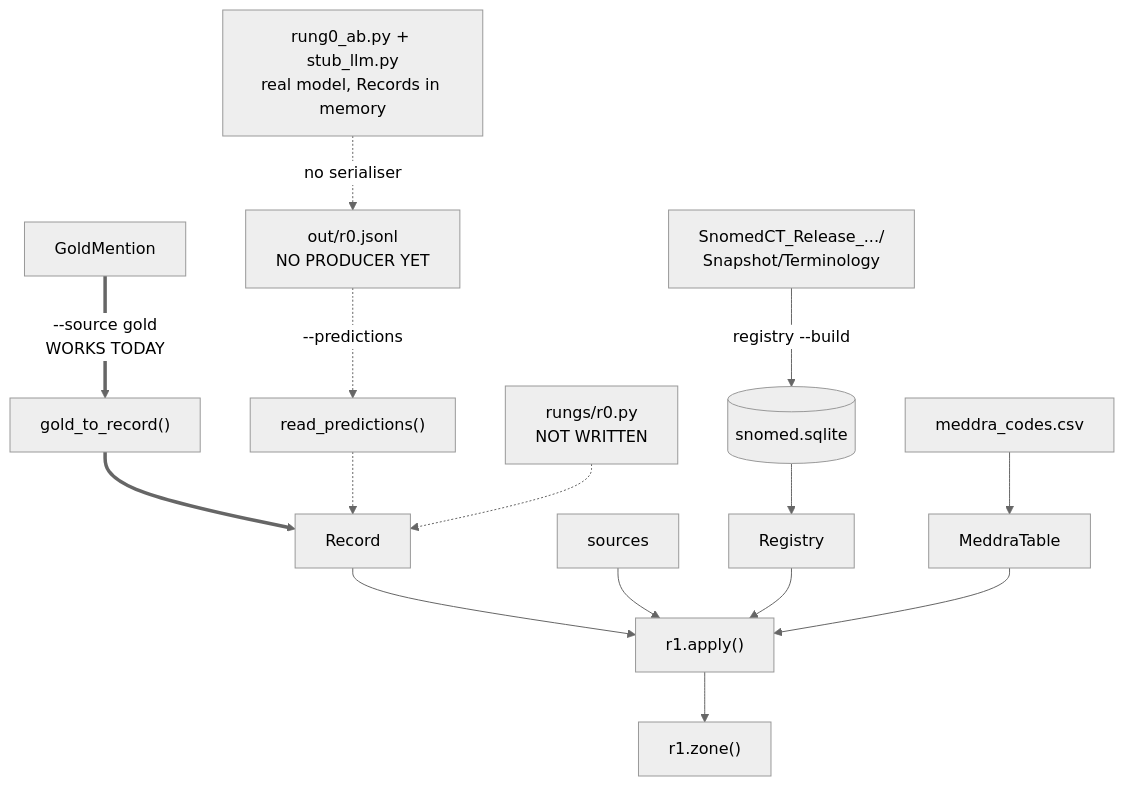
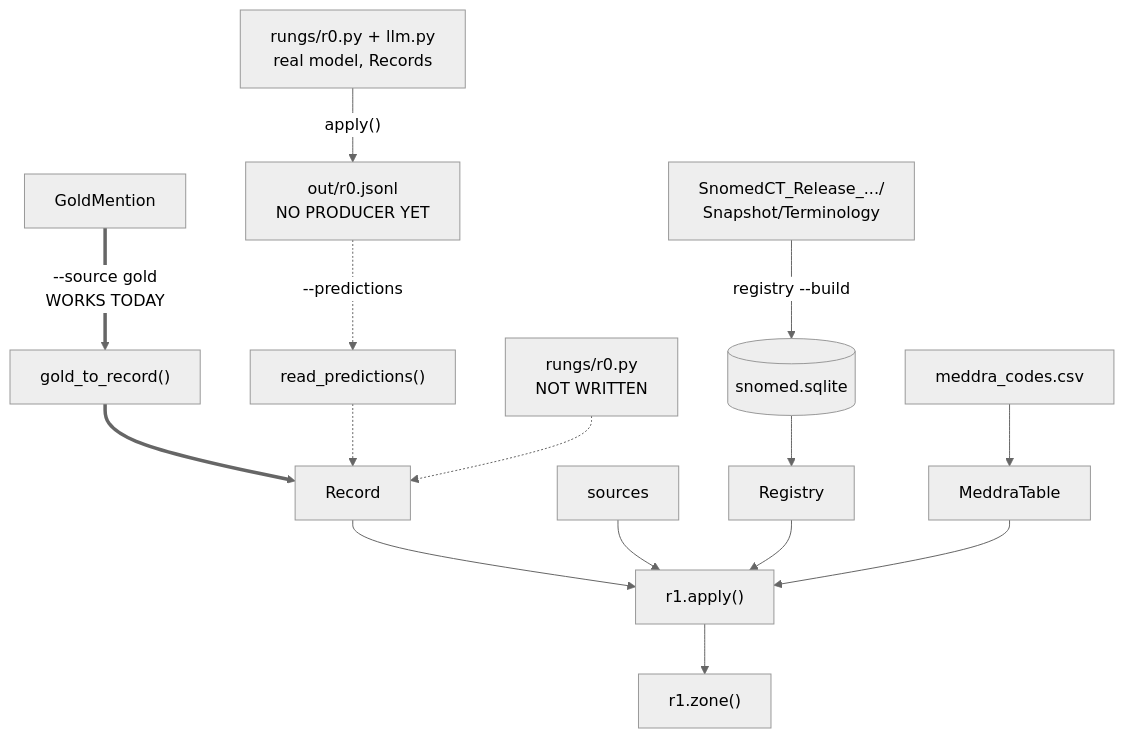
Before and after one commit to wbagais/reliability-ladder: the second of 3 diagrams in docs/wiki/content/r1.md, drawn with Mermaid (neutral theme). The commit also changed other lines of this file and 28 other files, not shown here.

````diff
--- a/docs/wiki/content/r1.md
+++ b/docs/wiki/content/r1.md
@@ -43,15 +43,15 @@
 ```mermaid
 flowchart TD
     GM["GoldMention"] ==>|"--source gold<br/>WORKS TODAY"| G2R["gold_to_record()"] ==> REC["Record"]
     R0J["out/r0.jsonl<br/>NO PRODUCER YET"] -.->|"--predictions"| RP["read_predictions()"] -.-> REC
     R0["rungs/r0.py<br/>NOT WRITTEN"] -.-> REC
-    AB["rung0_ab.py + stub_llm.py<br/>real model, Records in memory"] -.->|"no serialiser"| R0J
+    AB["rungs/r0.py + llm.py<br/>real model, Records"] -->|"apply()"| R0J
 
     RF2["SnomedCT_Release_.../<br/>Snapshot/Terminology"] -->|"registry --build"| DB[("snomed.sqlite")] --> REG["Registry"]
     CSV["meddra_codes.csv"] --> MT["MeddraTable"]
 
     REC --> AP["r1.apply()"] --> ZONE["r1.zone()"]
     SRC["sources"] --> AP
     REG --> AP
     MT --> AP
 ```
````
